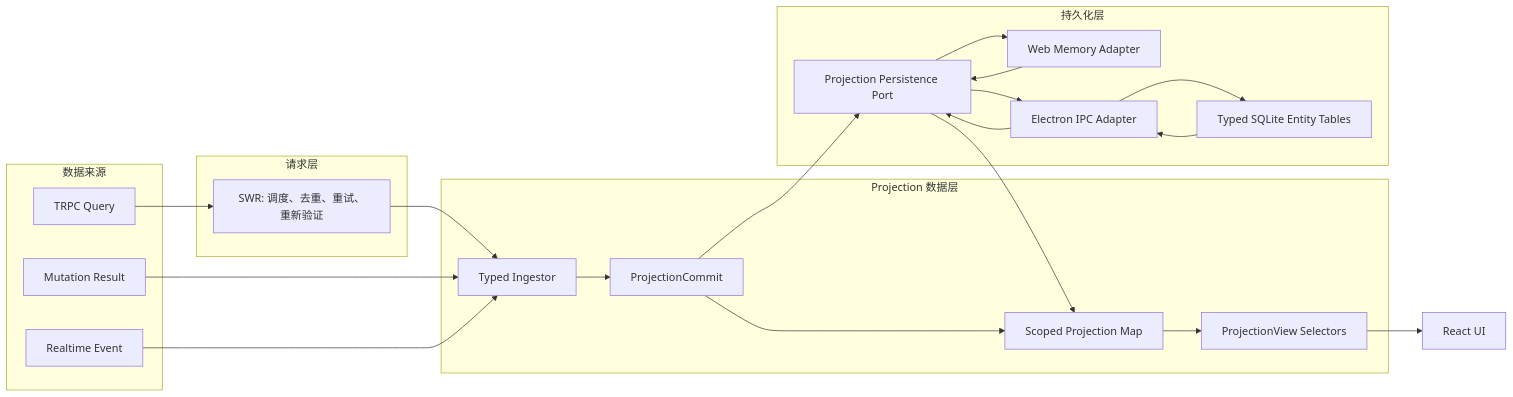
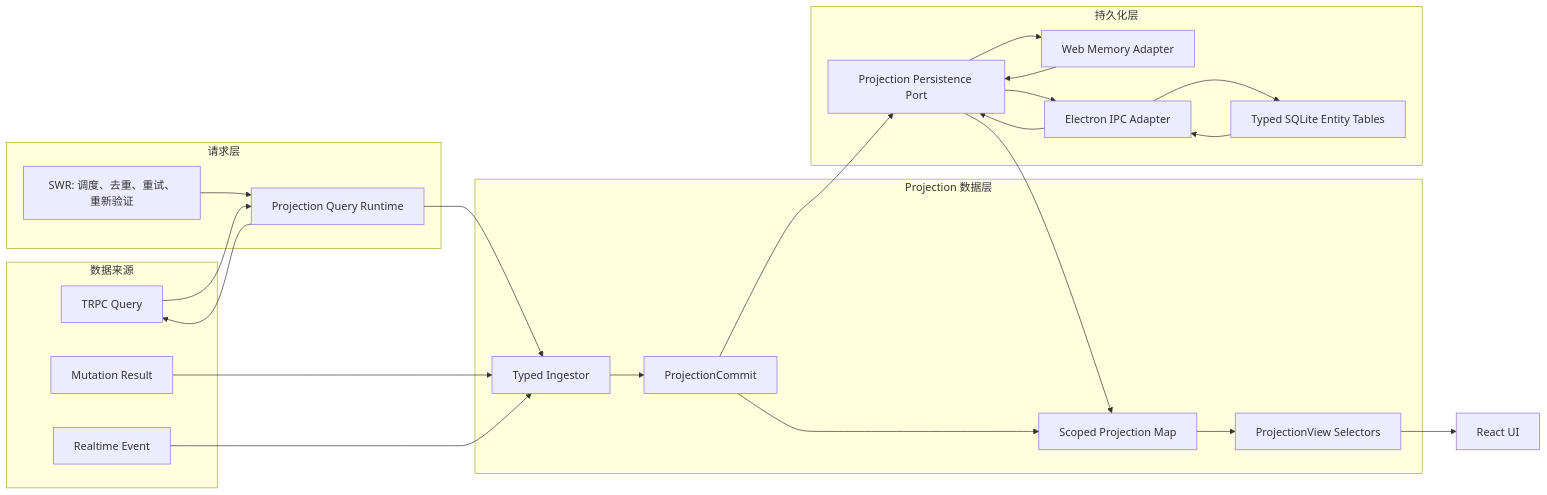
The first of 5 diagrams in docs/development/state-management/projection-store.zh-CN.md (lobehub/lobehub), drawn with Mermaid before and after one commit. The commit also changed other lines of this file and 548 other files, not shown here.

Commit message:
Refactor application architecture and remove obsolete code

````diff
--- a/docs/development/state-management/projection-store.zh-CN.md
+++ b/docs/development/state-management/projection-store.zh-CN.md
@@ -64,45 +64,48 @@
 ```mermaid
 flowchart LR
   subgraph Sources["数据来源"]
     Query["TRPC Query"]
     Mutation["Mutation Result"]
     Realtime["Realtime Event"]
   end
 
   subgraph Request["请求层"]
     SWR["SWR: 调度、去重、重试、重新验证"]
+    Runtime["Projection Query Runtime"]
   end
 
   subgraph Domain["Projection 数据层"]
     Ingestor["Typed Ingestor"]
     Commit["ProjectionCommit"]
     Graph["Scoped Projection Map"]
     View["ProjectionView Selectors"]
   end
 
   subgraph Persistence["持久化层"]
     Repository["Projection Persistence Port"]
     Web["Web Memory Adapter"]
     Desktop["Electron IPC Adapter"]
     SQLite["Typed SQLite Entity Tables"]
   end
 
   UI["React UI"]
 
-  Query --> SWR
-  SWR --> Ingestor
+  SWR --> Runtime
+  Runtime --> Query
+  Query --> Runtime
+  Runtime --> Ingestor
   Mutation --> Ingestor
   Realtime --> Ingestor
   Ingestor --> Commit
   Commit --> Graph
   Commit --> Repository
   Repository --> Web
   Repository --> Desktop
   Desktop --> SQLite
   Web --> Repository
   SQLite --> Desktop
   Desktop --> Repository
   Repository --> Graph
   Graph --> View
   View --> UI
 ```
````
